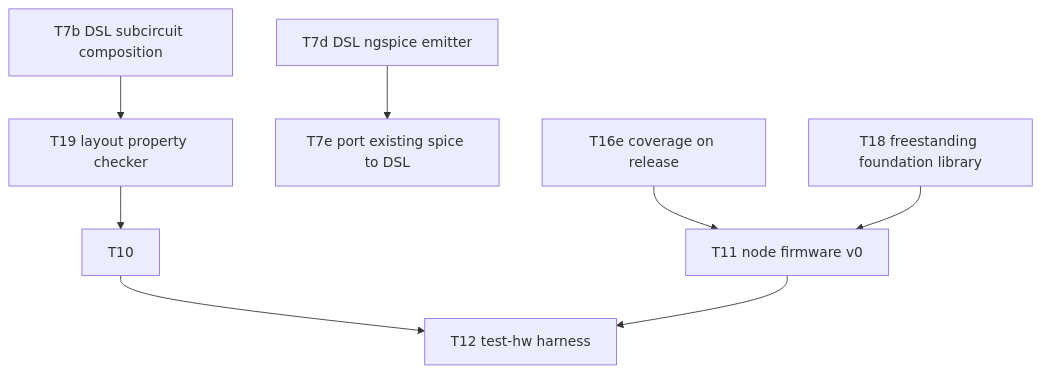
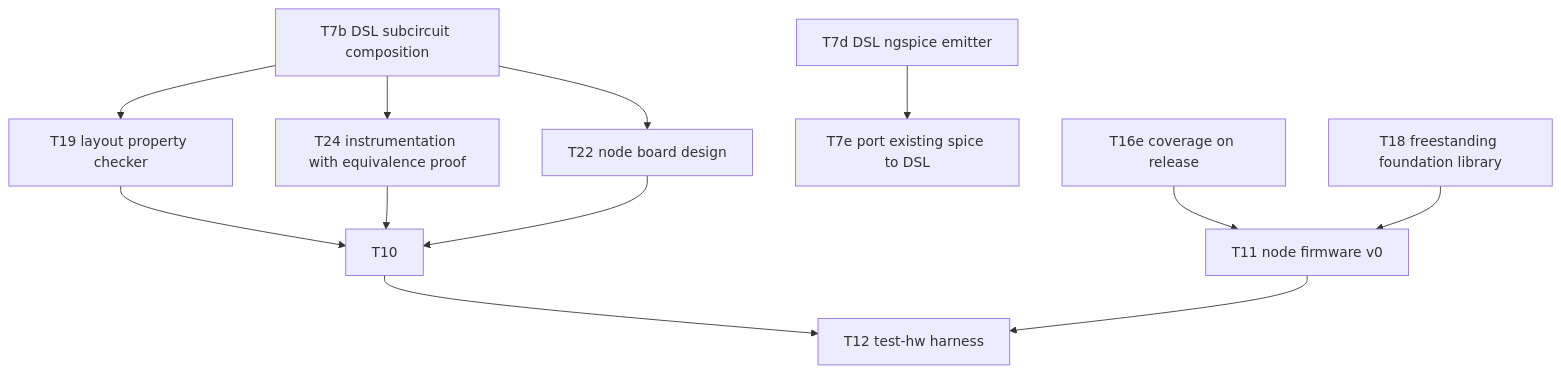
Before and after one commit to kristofferkoch/oparroy: the diagram in KANBAN.md, drawn with Mermaid. The commit also changed other lines of this file and 2 other files, not shown here.

````diff
--- a/KANBAN.md
+++ b/KANBAN.md
@@ -34,10 +34,14 @@
 ```mermaid
 graph TD
     T19 --> T10
     T7b[T7b DSL subcircuit composition] --> T19[T19 layout property checker]
+    T7b --> T22[T22 node board design]
+    T7b --> T24[T24 instrumentation with equivalence proof]
+    T24 --> T10
+    T22 --> T10
     T7d[T7d DSL ngspice emitter] --> T7e[T7e port existing spice to DSL]
     T10 --> T12[T12 test-hw harness]
     T11 --> T12
     T16e[T16e coverage on release] --> T11[T11 node firmware v0]
     T18[T18 freestanding foundation library] --> T11
 ```
````
